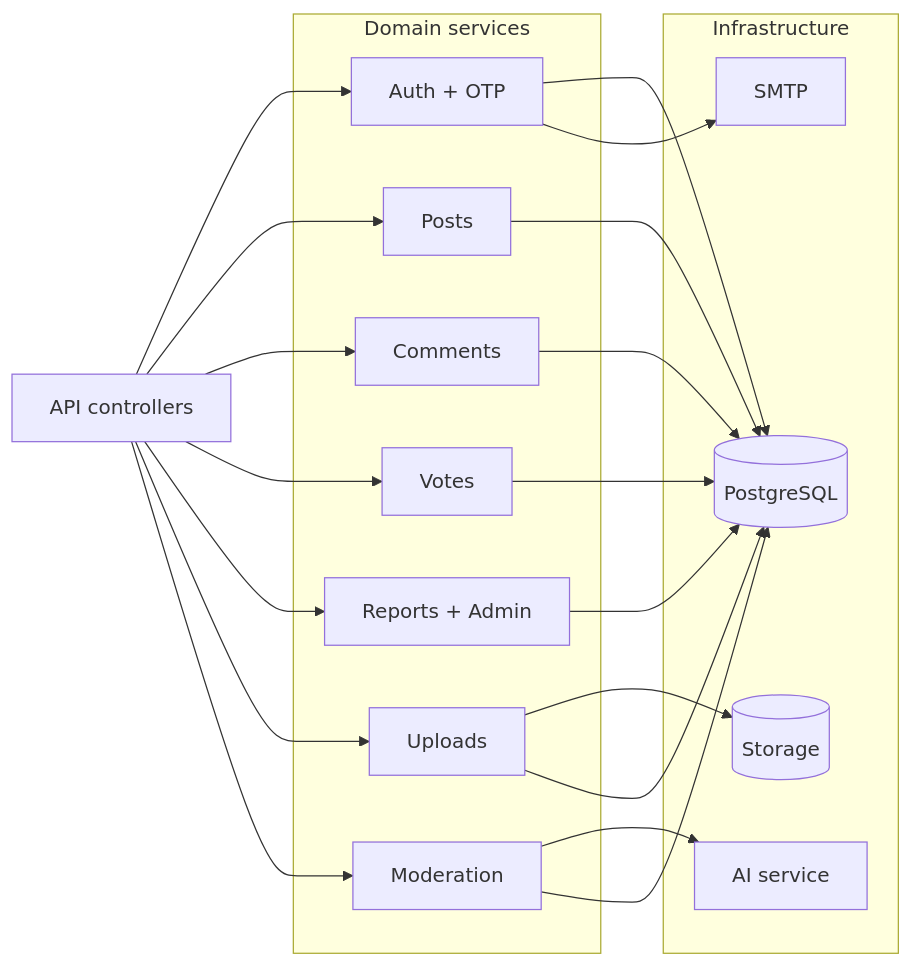
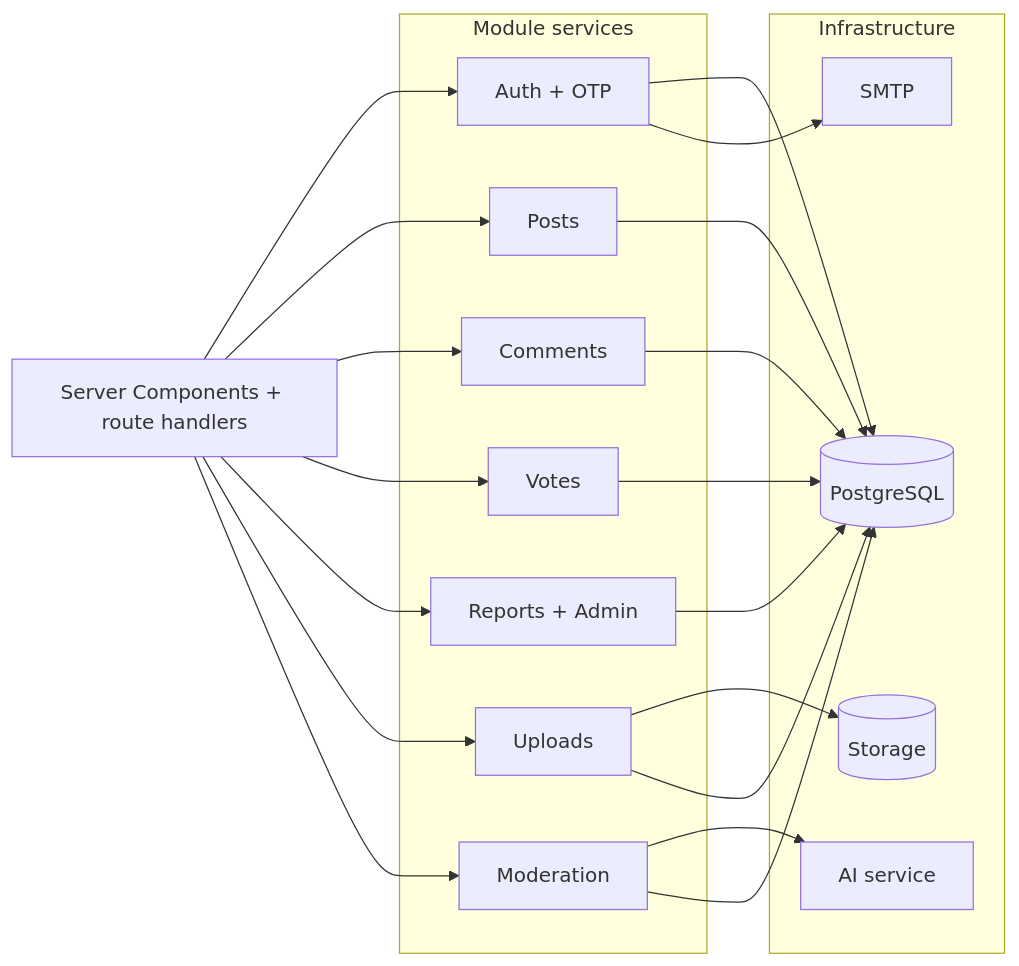
One commit to Smokiestfox/sivi-app changed the third of 8 diagrams in docs/diagrams.md. Above: the diagram before and after it, drawn with Mermaid. The commit also changed other lines of this file and 31 other files, not shown here.

````diff
--- a/docs/diagrams.md
+++ b/docs/diagrams.md
@@ -77,40 +80,40 @@
-~~~mermaid
+```mermaid
 flowchart LR
-    API["API controllers"]
+    APP["Server Components + route handlers"]
 
-    subgraph DOMAIN["Domain services"]
+    subgraph DOMAIN["Module services"]
         AUTH["Auth + OTP"]
         POSTS["Posts"]
         COMMENTS["Comments"]
         VOTES["Votes"]
         REPORTS["Reports + Admin"]
         UPLOADS["Uploads"]
         MOD["Moderation"]
     end
 
     subgraph INFRA["Infrastructure"]
         DB[("PostgreSQL")]
         STORAGE[("Storage")]
         AI["AI service"]
         MAIL["SMTP"]
     end
 
-    API --> AUTH
-    API --> POSTS
-    API --> COMMENTS
-    API --> VOTES
-    API --> REPORTS
-    API --> UPLOADS
-    API --> MOD
+    APP --> AUTH
+    APP --> POSTS
+    APP --> COMMENTS
+    APP --> VOTES
+    APP --> REPORTS
+    APP --> UPLOADS
+    APP --> MOD
 
     AUTH --> DB
     AUTH --> MAIL
     POSTS --> DB
     COMMENTS --> DB
     VOTES --> DB
     REPORTS --> DB
     UPLOADS --> STORAGE
     UPLOADS --> DB
     MOD --> AI
     MOD --> DB
-~~~
+```
````
